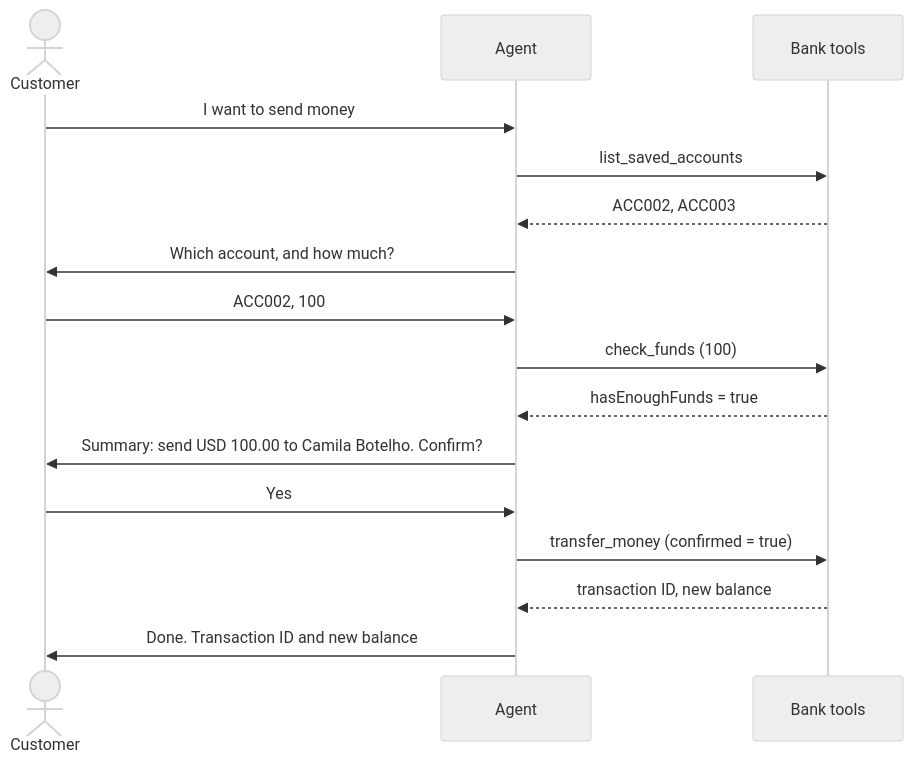
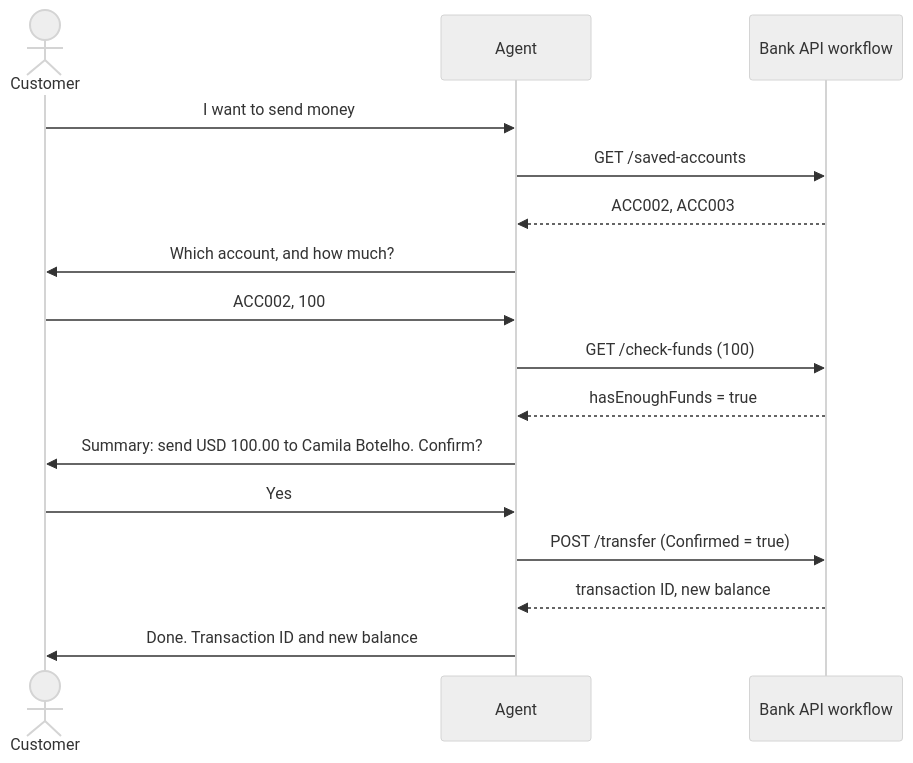
Before and after one commit to CSDSkilling/asia-learning-hub: the diagram in industry/FSI/Copilot-Studio/Contoso Banking Backend/lab/05-transfer.md, drawn with Mermaid (neutral theme). The commit also changed other lines of this file and 12 other files, not shown here.

````diff
--- a/industry/FSI/Copilot-Studio/Contoso Banking Backend/lab/05-transfer.md
+++ b/industry/FSI/Copilot-Studio/Contoso Banking Backend/lab/05-transfer.md
@@ -15,18 +15,18 @@
 ```mermaid
 sequenceDiagram
   actor C as Customer
   participant A as Agent
-  participant B as Bank tools
+  participant B as Bank API workflow
   C->>A: I want to send money
-  A->>B: list_saved_accounts
+  A->>B: GET /saved-accounts
   B-->>A: ACC002, ACC003
   A->>C: Which account, and how much?
   C->>A: ACC002, 100
-  A->>B: check_funds (100)
+  A->>B: GET /check-funds (100)
   B-->>A: hasEnoughFunds = true
   A->>C: Summary: send USD 100.00 to Camila Botelho. Confirm?
   C->>A: Yes
-  A->>B: transfer_money (confirmed = true)
+  A->>B: POST /transfer (Confirmed = true)
   B-->>A: transaction ID, new balance
   A->>C: Done. Transaction ID and new balance
 ```
````
